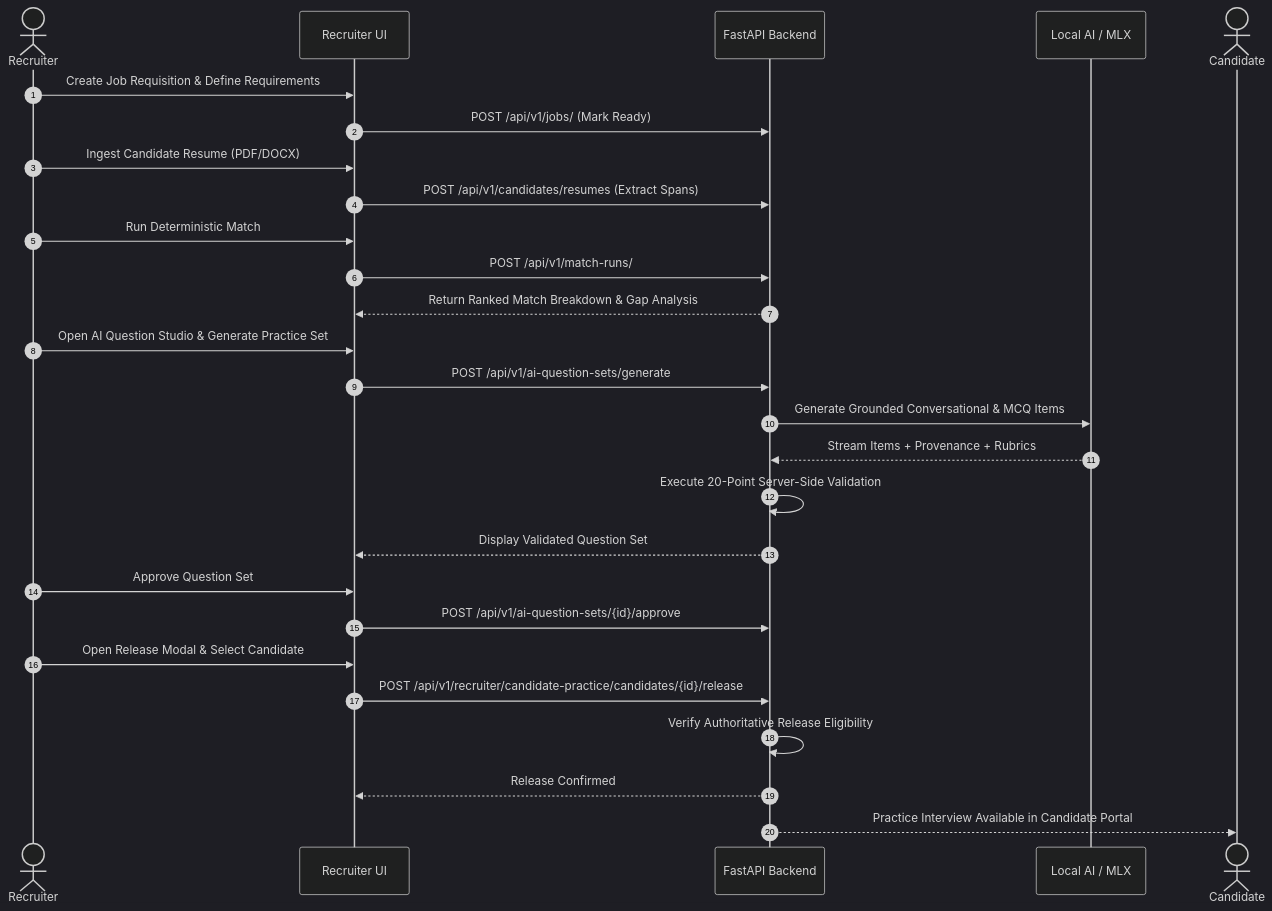
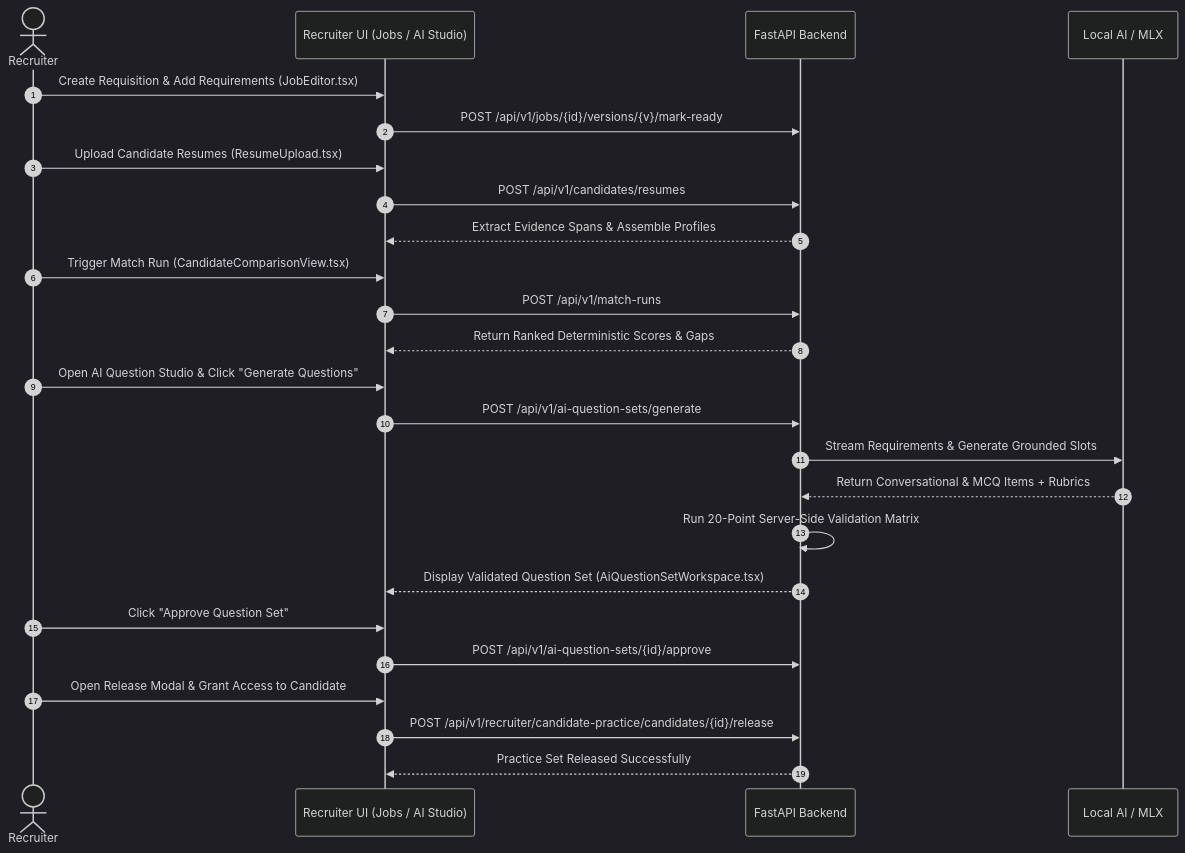
Before and after one commit to Heril2912/AI-Hiring: the first of 2 diagrams in docs/FRONTEND_UI_AND_USER_JOURNEYS.md, drawn with Mermaid (dark theme). The commit also changed other lines of this file and 17 other files, not shown here.

Commit message:
Ver 4.3.1 Phase-4C.1 Interview eligibility and controlled rele

````diff
--- a/docs/FRONTEND_UI_AND_USER_JOURNEYS.md
+++ b/docs/FRONTEND_UI_AND_USER_JOURNEYS.md
@@ -97,30 +167,28 @@
 ```mermaid
 sequenceDiagram
     autonumber
     actor R as Recruiter
-    participant UI as Recruiter UI
+    participant UI as Recruiter UI (Jobs / AI Studio)
     participant API as FastAPI Backend
     participant LLM as Local AI / MLX
-    actor C as Candidate
 
-    R->>UI: Create Job Requisition & Define Requirements
-    UI->>API: POST /api/v1/jobs/ (Mark Ready)
-    R->>UI: Ingest Candidate Resume (PDF/DOCX)
-    UI->>API: POST /api/v1/candidates/resumes (Extract Spans)
-    R->>UI: Run Deterministic Match
-    UI->>API: POST /api/v1/match-runs/
-    API-->>UI: Return Ranked Match Breakdown & Gap Analysis
-    R->>UI: Open AI Question Studio & Generate Practice Set
+    R->>UI: Create Requisition & Add Requirements (JobEditor.tsx)
+    UI->>API: POST /api/v1/jobs/{id}/versions/{v}/mark-ready
+    R->>UI: Upload Candidate Resumes (ResumeUpload.tsx)
+    UI->>API: POST /api/v1/candidates/resumes
+    API-->>UI: Extract Evidence Spans & Assemble Profiles
+    R->>UI: Trigger Match Run (CandidateComparisonView.tsx)
+    UI->>API: POST /api/v1/match-runs
+    API-->>UI: Return Ranked Deterministic Scores & Gaps
+    R->>UI: Open AI Question Studio & Click "Generate Questions"
     UI->>API: POST /api/v1/ai-question-sets/generate
-    API->>LLM: Generate Grounded Conversational & MCQ Items
-    LLM-->>API: Stream Items + Provenance + Rubrics
-    API->>API: Execute 20-Point Server-Side Validation
-    API-->>UI: Display Validated Question Set
-    R->>UI: Approve Question Set
+    API->>LLM: Stream Requirements & Generate Grounded Slots
+    LLM-->>API: Return Conversational & MCQ Items + Rubrics
+    API->>API: Run 20-Point Server-Side Validation Matrix
+    API-->>UI: Display Validated Question Set (AiQuestionSetWorkspace.tsx)
+    R->>UI: Click "Approve Question Set"
     UI->>API: POST /api/v1/ai-question-sets/{id}/approve
-    R->>UI: Open Release Modal & Select Candidate
+    R->>UI: Open Release Modal & Grant Access to Candidate
     UI->>API: POST /api/v1/recruiter/candidate-practice/candidates/{id}/release
-    API->>API: Verify Authoritative Release Eligibility
-    API-->>UI: Release Confirmed
-    API-->>C: Practice Interview Available in Candidate Portal
+    API-->>UI: Practice Set Released Successfully
 ```
````
